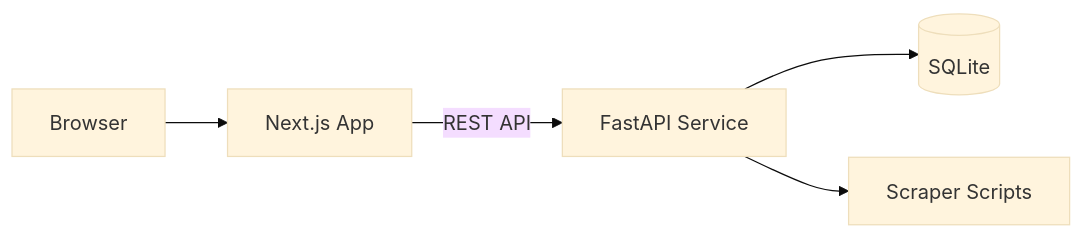
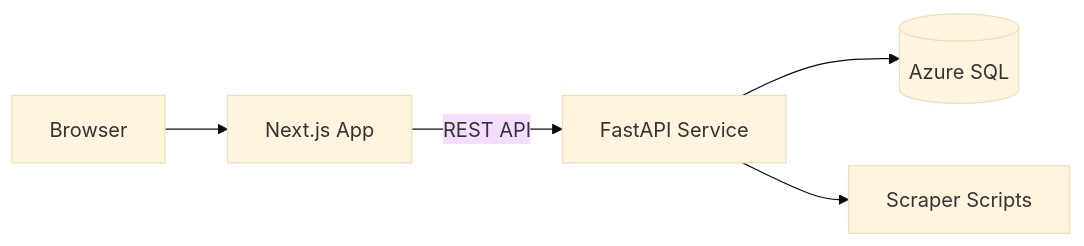
Before and after one commit to QualitySushi/osrs-simulator: the diagram in docs/ARCHITECTURE.md, drawn with Mermaid (base theme). The commit also changed other lines of this file and 3 other files, not shown here.

````diff
--- a/docs/ARCHITECTURE.md
+++ b/docs/ARCHITECTURE.md
@@ -7,7 +7,7 @@
 ```mermaid
 flowchart LR
     User["Browser"] --> Frontend
     Frontend["Next.js App"] -->|REST API| Backend
-    Backend["FastAPI Service"] --> Database[(SQLite)]
+    Backend["FastAPI Service"] --> Database[(Azure SQL)]
     Backend --> Webscraper["Scraper Scripts"]
 ```
````
